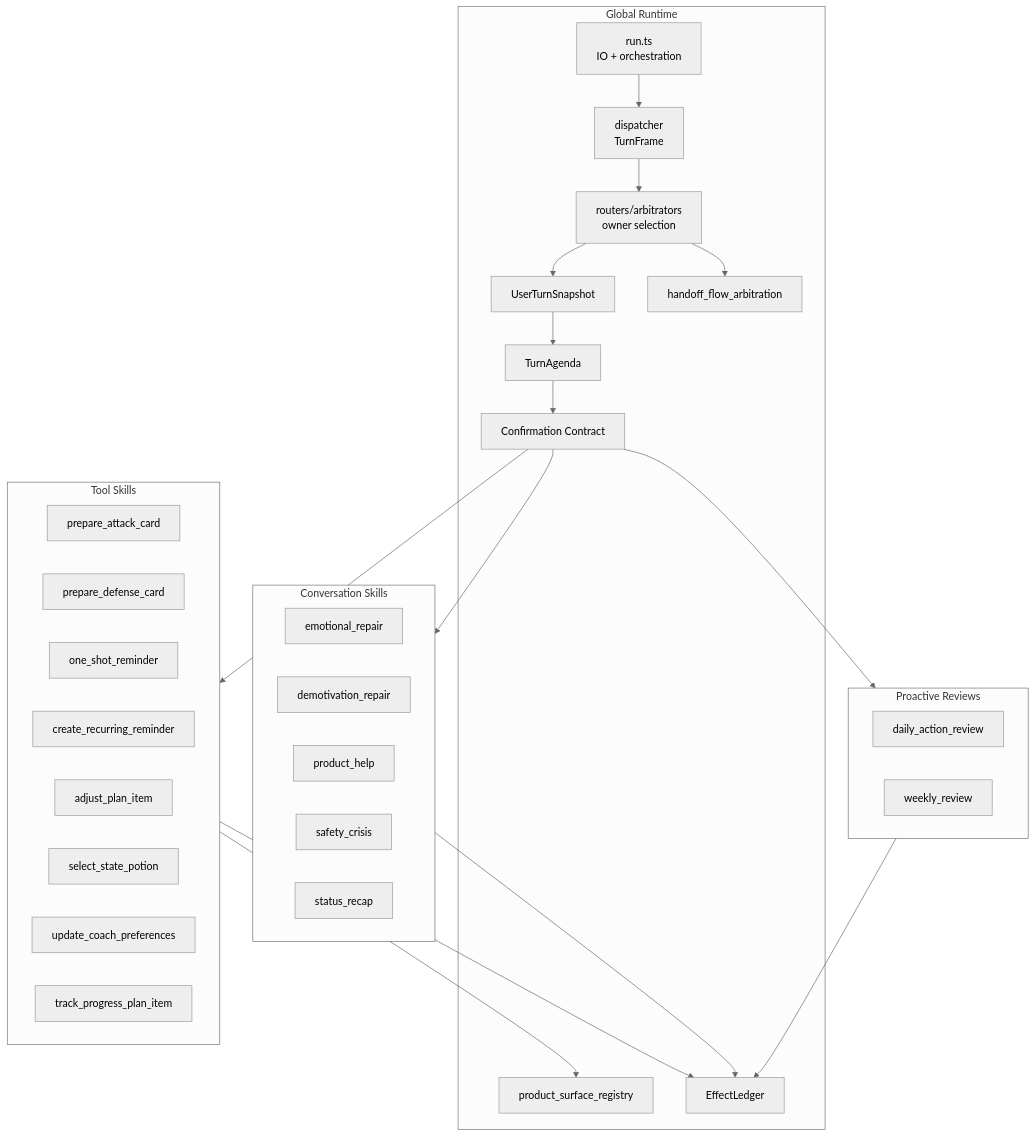
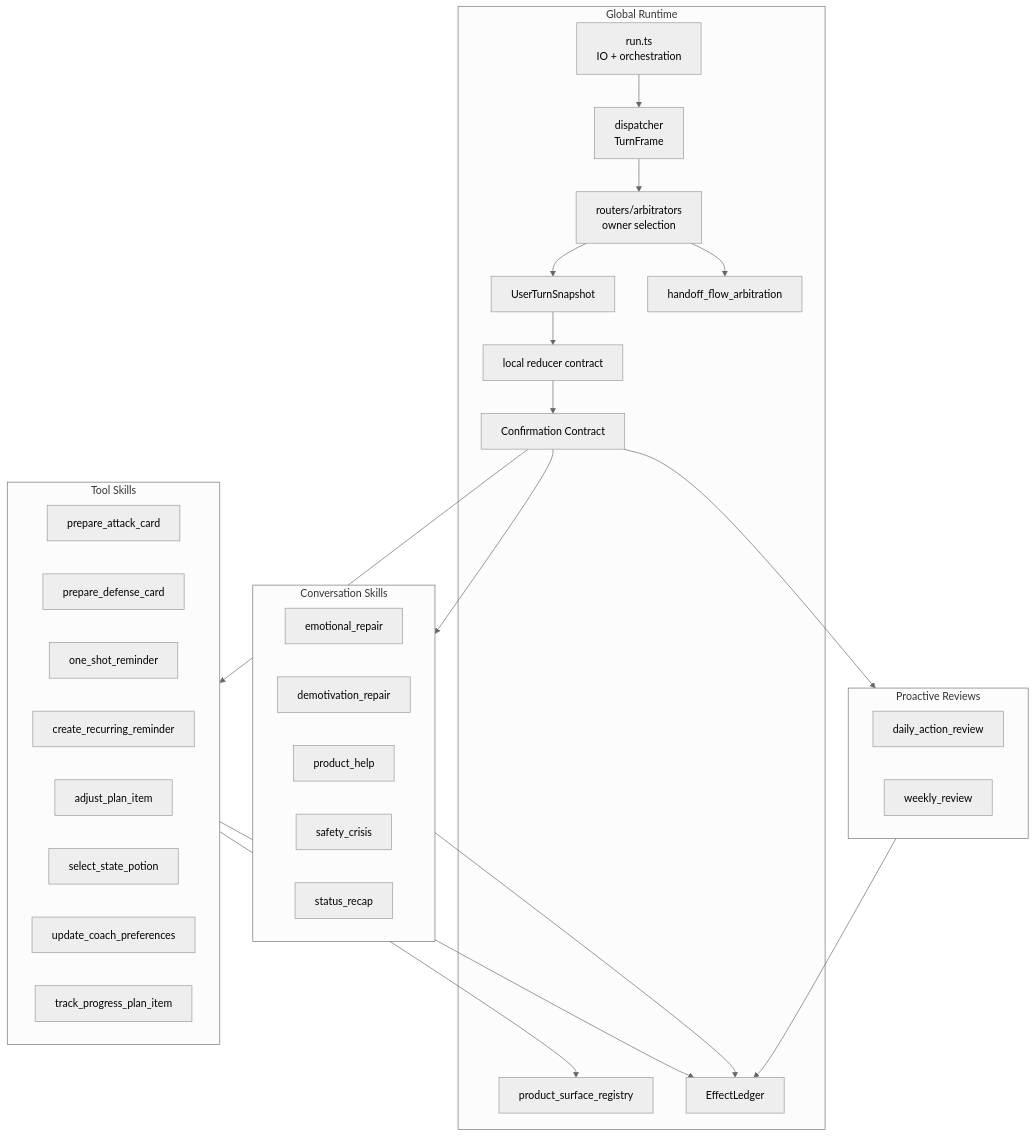
One commit to thomasgenty15-afk/Sophia changed the third of 8 diagrams in docs/agent-playbook/New/runtime-contracts/06-sophia-brain-runtime-diagram.md. Above: the diagram before and after it, drawn with Mermaid (neutral theme). The commit also changed other lines of this file and 603 other files, not shown here.

````diff
--- a/docs/agent-playbook/New/runtime-contracts/06-sophia-brain-runtime-diagram.md
+++ b/docs/agent-playbook/New/runtime-contracts/06-sophia-brain-runtime-diagram.md
@@ -87,48 +87,48 @@
 ```mermaid
 flowchart TB
   subgraph Global["Global Runtime"]
     RUN["run.ts\nIO + orchestration"]
     DISP["dispatcher\nTurnFrame"]
     ROUTE["routers/arbitrators\nowner selection"]
     SNAP["UserTurnSnapshot"]
-    AGENDA["TurnAgenda"]
+    AGENDA["local reducer contract"]
     CONF["Confirmation Contract"]
     LEDGER["EffectLedger"]
     HARB["handoff_flow_arbitration"]
     SURF["product_surface_registry"]
   end
 
   subgraph Tools["Tool Skills"]
     ATTACK["prepare_attack_card"]
     DEFENSE["prepare_defense_card"]
     ONE["one_shot_reminder"]
     REC["create_recurring_reminder"]
     PLAN["adjust_plan_item"]
     POTION["select_state_potion"]
     PREF["update_coach_preferences"]
     PROG["track_progress_plan_item"]
   end
 
   subgraph Conversation["Conversation Skills"]
     EMO["emotional_repair"]
     DEMO["demotivation_repair"]
     HELP["product_help"]
     SAFETY["safety_crisis"]
     STATUS["status_recap"]
   end
 
   subgraph Proactive["Proactive Reviews"]
     DAILY["daily_action_review"]
     WEEKLY["weekly_review"]
   end
 
   RUN --> DISP --> ROUTE --> SNAP --> AGENDA --> CONF
   ROUTE --> HARB
   CONF --> Tools
   CONF --> Conversation
   CONF --> Proactive
   Tools --> SURF
   Tools --> LEDGER
   Proactive --> LEDGER
   Conversation --> LEDGER
 ```
````
